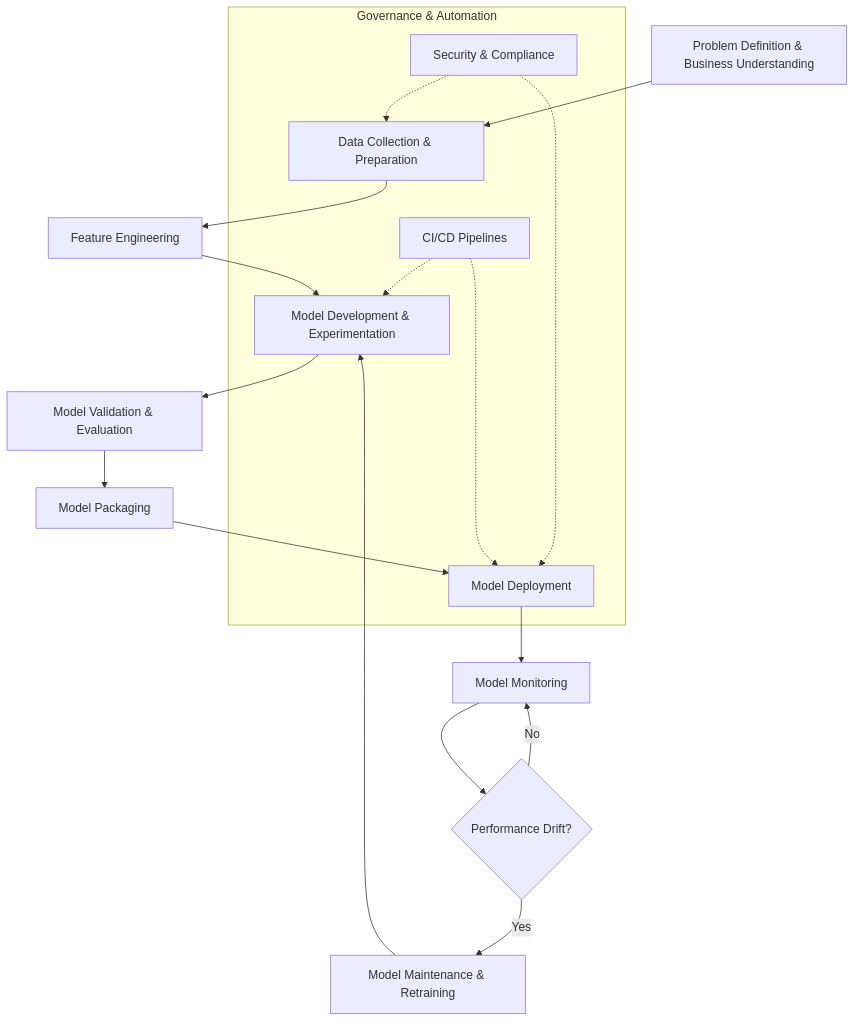
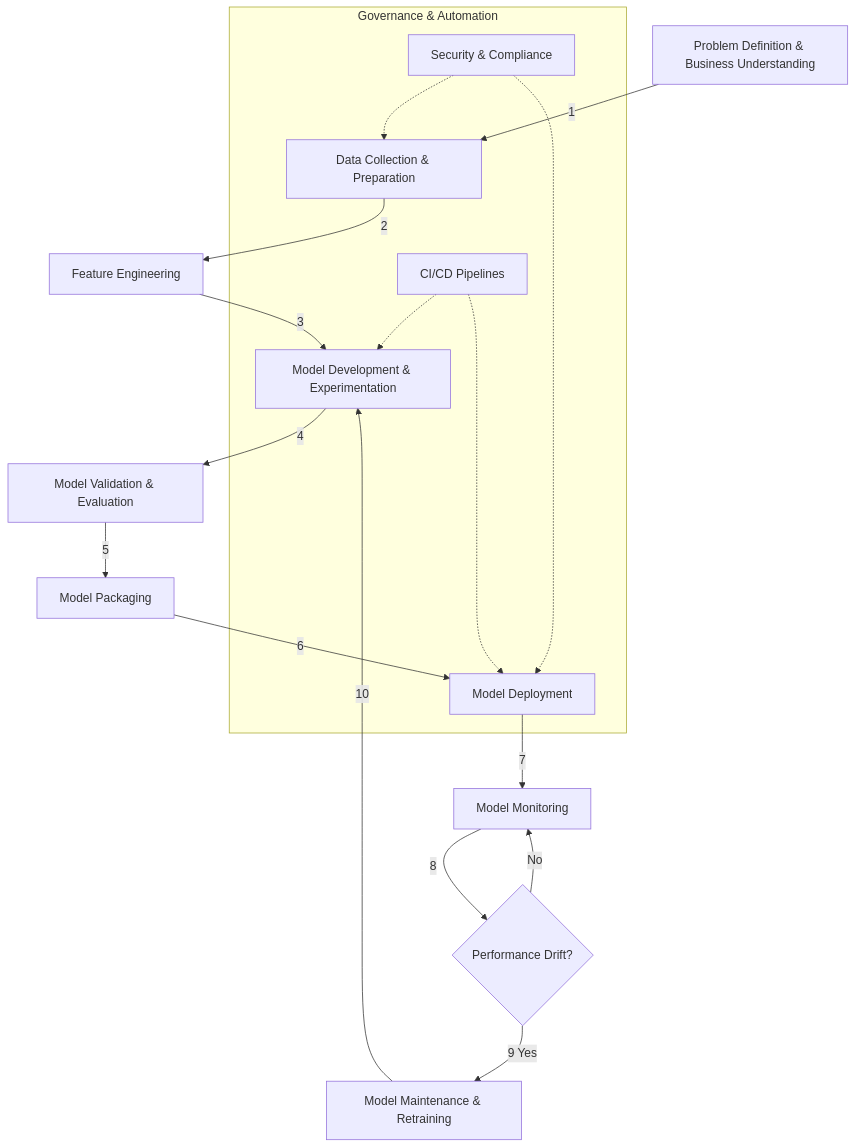
Before and after one commit to LiteObject/MLOps-101: the diagram in README.md, drawn with Mermaid.

Commit message:
Enhance MLOps lifecycle diagram with step indicators for clarity

````diff
--- a/README.md
+++ b/README.md
@@ -13,21 +13,21 @@
 ```mermaid
 flowchart TD
-    A[Problem Definition & Business Understanding] --> B[Data Collection & Preparation]
-    B --> C[Feature Engineering]
-    C --> D[Model Development & Experimentation]
-    D --> E[Model Validation & Evaluation]
-    E --> F[Model Packaging]
-    F --> G[Model Deployment]
-    G --> H[Model Monitoring]
-    H --> I{Performance Drift?}
-    I -- Yes --> J[Model Maintenance & Retraining]
-    J --> D
-    I -- No --> H
+    A[Problem Definition & Business Understanding] -->|1| B[Data Collection & Preparation]
+    B -->|2| C[Feature Engineering]
+    C -->|3| D[Model Development & Experimentation]
+    D -->|4| E[Model Validation & Evaluation]
+    E -->|5| F[Model Packaging]
+    F -->|6| G[Model Deployment]
+    G -->|7| H[Model Monitoring]
+    H -->|8| I{Performance Drift?}
+    I -->|9 Yes| J[Model Maintenance & Retraining]
+    J -->|10| D
+    I -->|No| H
     
     subgraph "Governance & Automation"
     K[CI/CD Pipelines] -.-> D
     K -.-> G
     L[Security & Compliance] -.-> B
     L -.-> G
     end
 ```
````
